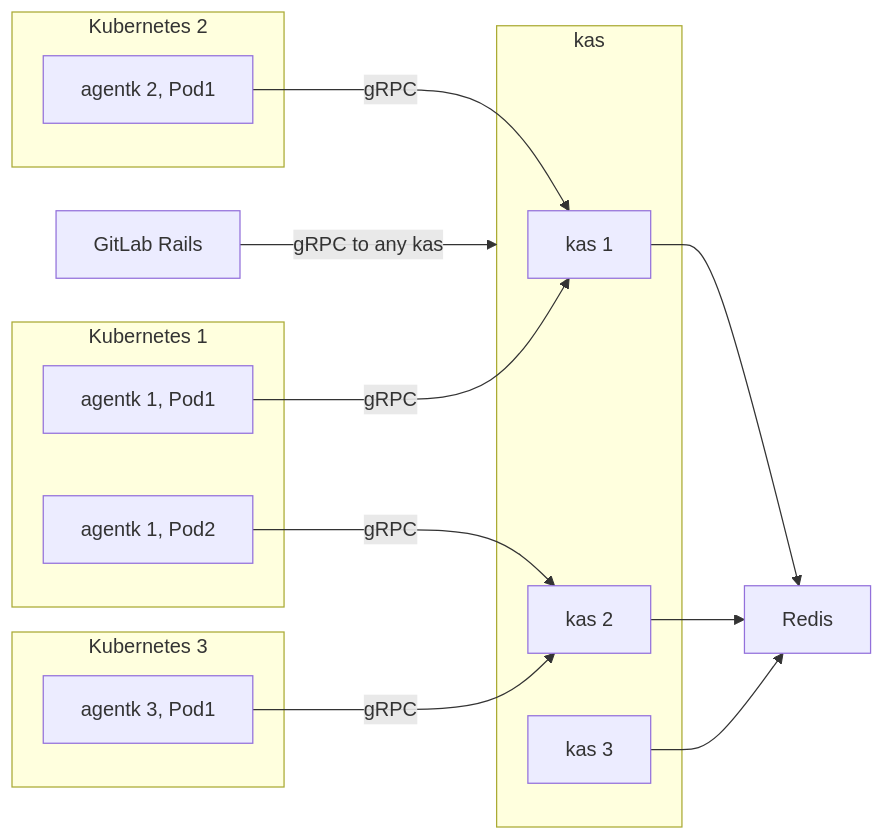
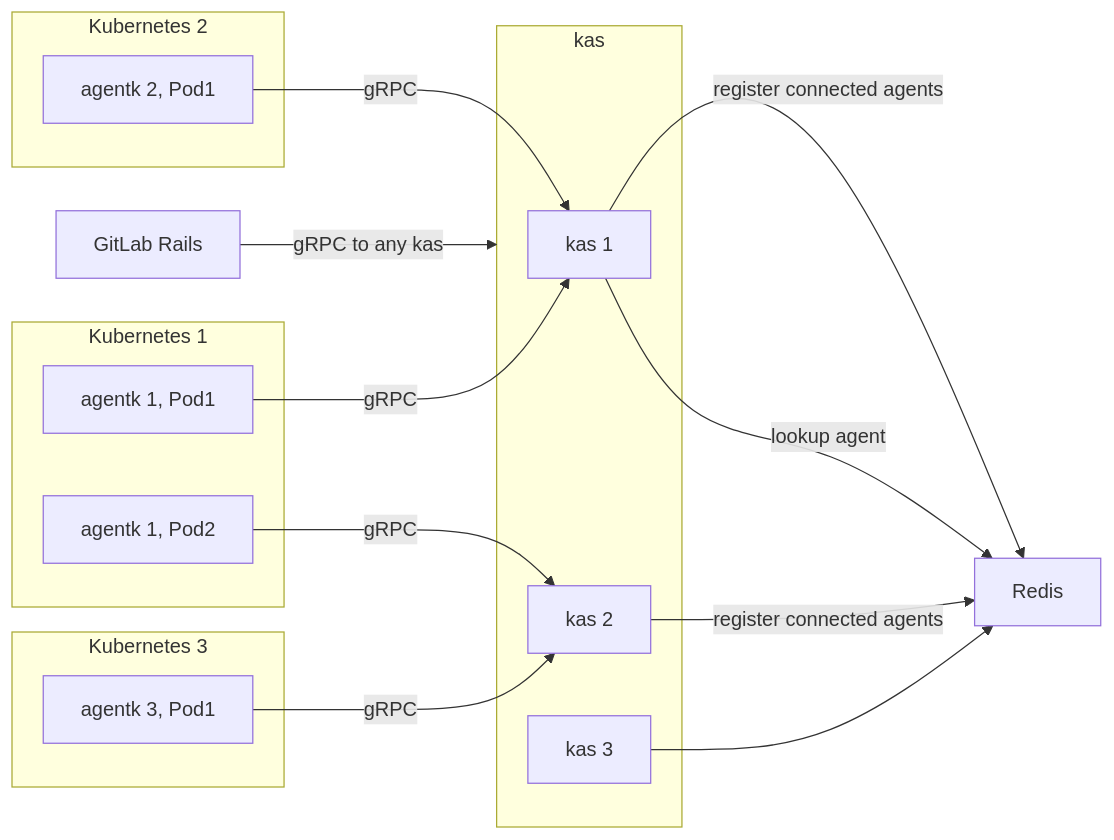
The first of 2 diagrams in doc/kas_request_routing.md (abaer123/gitlab-agent), drawn with Mermaid before and after one commit.

Commit message:
Add registration and lookup notes

````diff
--- a/doc/kas_request_routing.md
+++ b/doc/kas_request_routing.md
@@ -19,32 +19,35 @@
 ```mermaid
 flowchart LR
   subgraph "Kubernetes 1"
     agentk1p1["agentk 1, Pod1"]
     agentk1p2["agentk 1, Pod2"]
   end
 
   subgraph "Kubernetes 2"
     agentk2p1["agentk 2, Pod1"]
   end
 
   subgraph "Kubernetes 3"
     agentk3p1["agentk 3, Pod1"]
   end
 
   subgraph kas
     kas1["kas 1"]
     kas2["kas 2"]
     kas3["kas 3"]
   end
 
   GitLab["GitLab Rails"]
   Redis
 
   GitLab -- "gRPC to any kas" --> kas
-  kas1 & kas2 & kas3 --> Redis
+  kas1 -- register connected agents --> Redis
+  kas2 -- register connected agents --> Redis
+  kas1 -- lookup agent --> Redis
+  kas3 --> Redis
 
   agentk1p1 -- "gRPC" --> kas1
   agentk1p2 -- "gRPC" --> kas2
   agentk2p1 -- "gRPC" --> kas1
   agentk3p1 -- "gRPC" --> kas2
 ```
````
